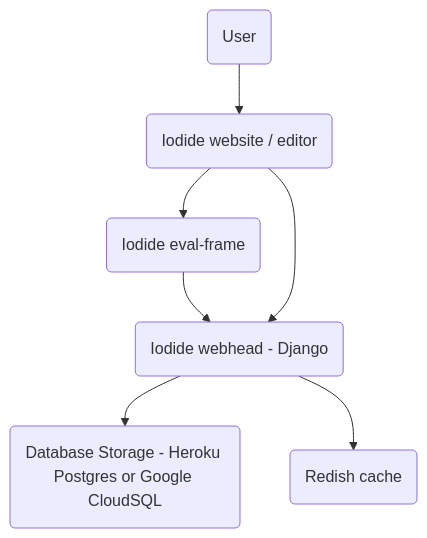
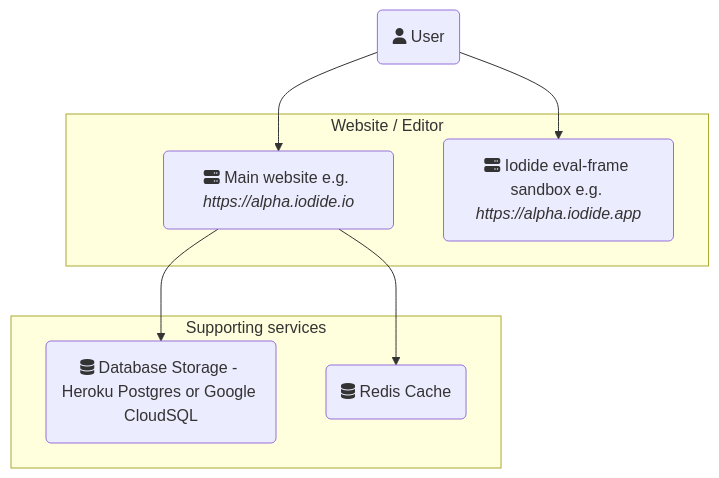
Before and after one commit to iodide-project/iodide: the diagram in docs/server-admin-overview.md, drawn with Mermaid. The commit also changed other lines of this file and 1 other file, not shown here.

Commit message:
updates to hopefully make things more clear

```diff
--- a/docs/server-admin-overview.md
+++ b/docs/server-admin-overview.md
@@ -14,17 +10,21 @@
 <div class="mermaid">
 graph TD
 
-User(User)
-Website(Iodide website / editor)
-EvalFrame(Iodide eval-frame)
-Webhead(Iodide webhead - Django)
-DB(Database Storage - Heroku Postgres or Google CloudSQL)
-Redis(Redish cache)
+User(fa:fa-user User)
 
-User --> Website
-EvalFrame --> Webhead
-Website --> EvalFrame
-Website --> Webhead
-Webhead --> DB
-Webhead --> Redis
+User --> Main
+User --> EvalFrame
+
+subgraph Website / Editor
+Main(fa:fa-server Main website e.g. <i>https://alpha.iodide.io</i>)
+EvalFrame(fa:fa-server Iodide eval-frame sandbox e.g. <i>https://alpha.iodide.app</i>)
+end
+
+subgraph Supporting services
+DB(fa:fa-database Database Storage - Heroku Postgres or Google CloudSQL)
+Redis(fa:fa-database Redis Cache)
+end
+
+Main --> DB
+Main --> Redis
 </div>
```
